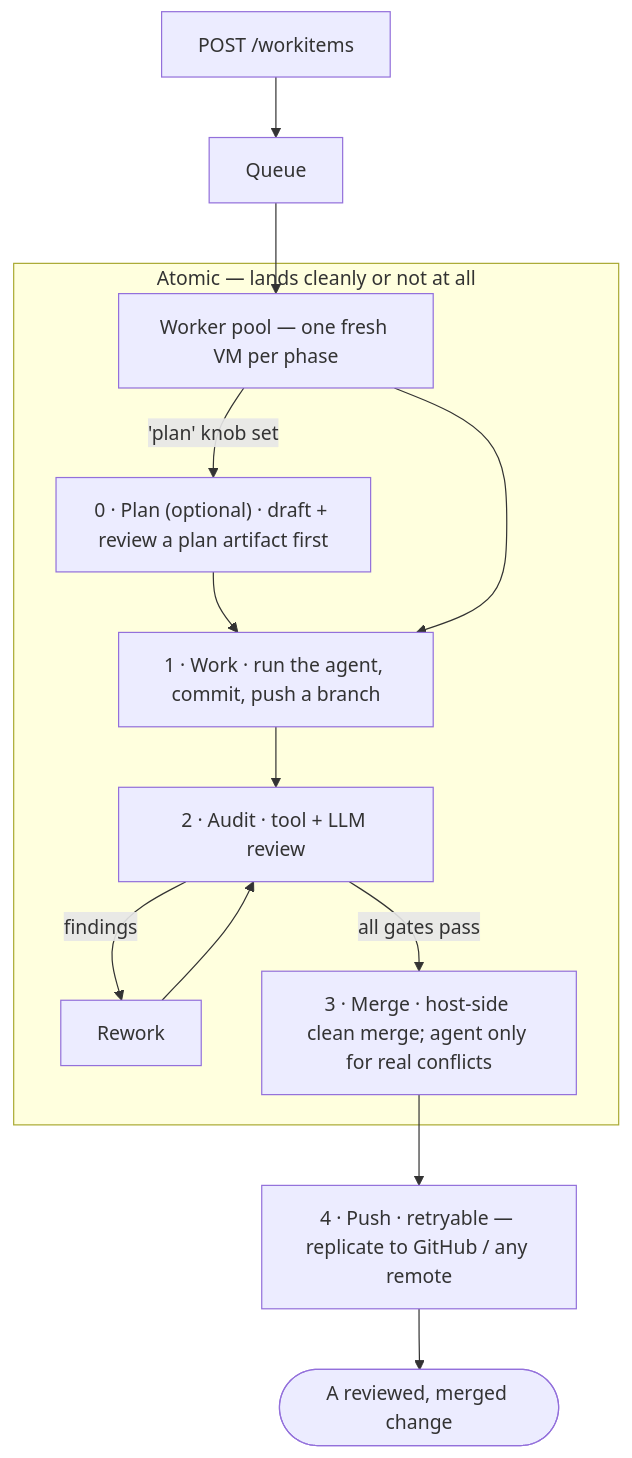
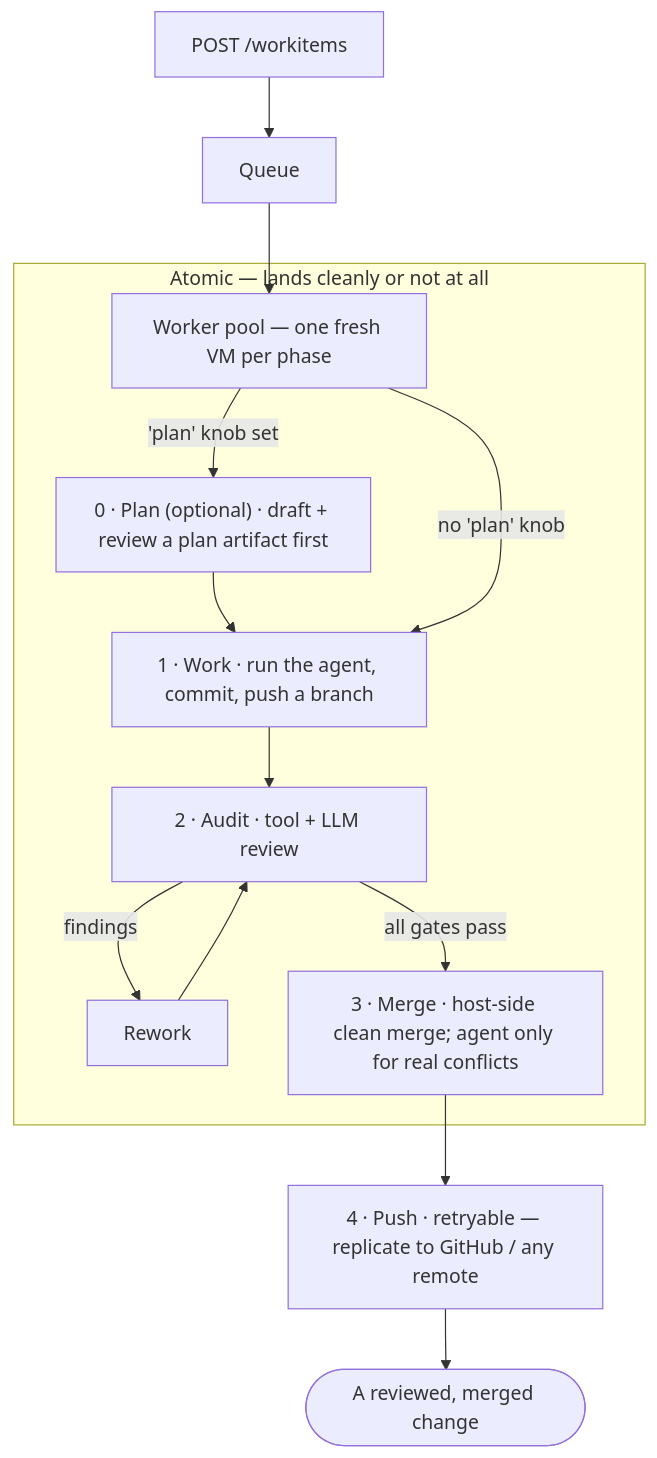
Before and after one commit to AdamFrisby/CodeyBox: the diagram in README.es-ES.md, drawn with Mermaid. The commit also changed other lines of this file and 5 other files, not shown here.

````diff
--- a/README.es-ES.md
+++ b/README.es-ES.md
@@ -44,16 +44,16 @@
 ```mermaid
 flowchart TD
     A["POST /workitems"] --> Q["Queue"]
     Q --> W["Worker pool — one fresh VM per phase"]
     subgraph atomic["Atomic — lands cleanly or not at all"]
         W -->|"'plan' knob set"| P0["0 · Plan (optional) · draft + review a plan artifact first"]
         P0 --> P1
-        W --> P1["1 · Work · run the agent, commit, push a branch"]
+        W -->|"no 'plan' knob"| P1["1 · Work · run the agent, commit, push a branch"]
         P1 --> P2["2 · Audit · tool + LLM review"]
         P2 -->|"findings"| RW["Rework"]
         RW --> P2
         P2 -->|"all gates pass"| P3["3 · Merge · host-side clean merge; agent only for real conflicts"]
     end
     P3 --> P4["4 · Push · retryable — replicate to GitHub / any remote"]
     P4 --> DONE(["A reviewed, merged change"])
 ```
````
